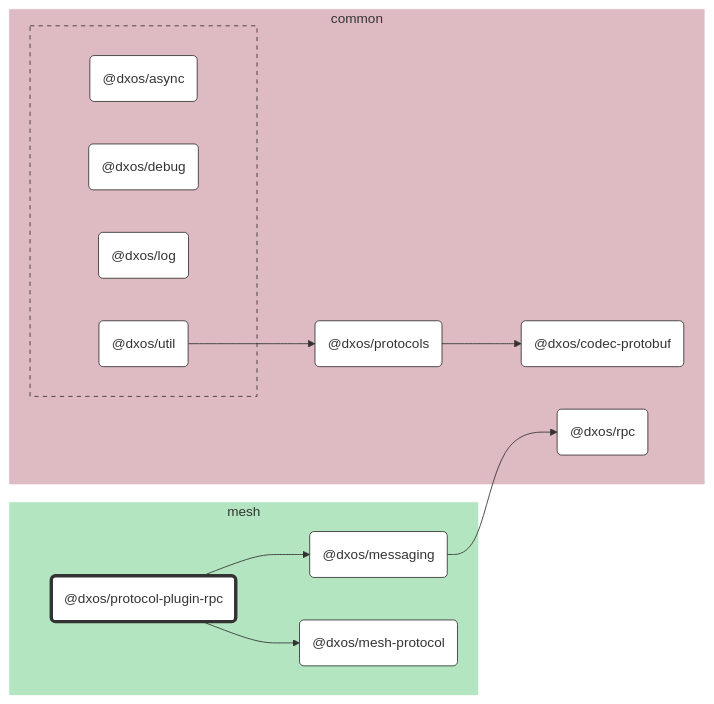
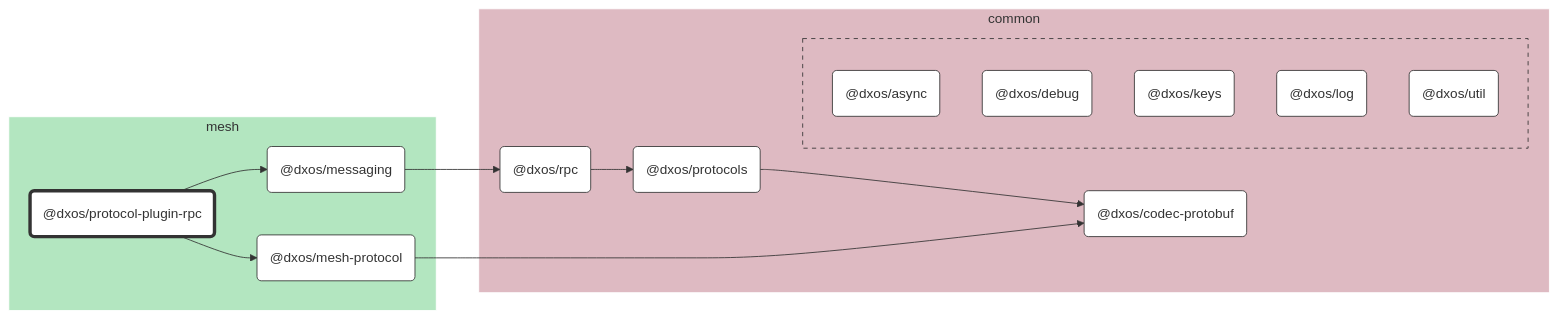
One commit to dxos/dxos changed the diagram in packages/mesh/protocol-plugin-rpc/docs/README.md. Above: the diagram before and after it, drawn with Mermaid. The commit also changed other lines of this file and 52 other files, not shown here.

````diff
--- a/packages/mesh/protocol-plugin-rpc/docs/README.md
+++ b/packages/mesh/protocol-plugin-rpc/docs/README.md
@@ -7,51 +7,54 @@
 ```mermaid
 %%{ init: {'flowchart':{'curve':'basis'}} }%%
 
 flowchart LR
 
 %% Classes
 classDef def fill:#fff,stroke:#333,stroke-width:1px
 classDef root fill:#fff,stroke:#333,stroke-width:4px
 
 %% Nodes
 
 subgraph mesh [mesh]
   style mesh fill:#b3e6c0,stroke:#fff
   dxos/protocol-plugin-rpc("@dxos/protocol-plugin-rpc"):::root
   click dxos/protocol-plugin-rpc "dxos/dxos/tree/main/packages/mesh/protocol-plugin-rpc/docs"
   dxos/messaging("@dxos/messaging"):::def
   click dxos/messaging "dxos/dxos/tree/main/packages/mesh/messaging/docs"
   dxos/mesh-protocol("@dxos/mesh-protocol"):::def
   click dxos/mesh-protocol "dxos/dxos/tree/main/packages/mesh/mesh-protocol/docs"
 end
 
 subgraph common [common]
   style common fill:#debac2,stroke:#fff
   dxos/codec-protobuf("@dxos/codec-protobuf"):::def
   click dxos/codec-protobuf "dxos/dxos/tree/main/packages/common/codec-protobuf/docs"
   dxos/protocols("@dxos/protocols"):::def
   click dxos/protocols "dxos/dxos/tree/main/packages/common/protocols/docs"
   dxos/rpc("@dxos/rpc"):::def
   click dxos/rpc "dxos/dxos/tree/main/packages/common/rpc/docs"
 
   subgraph common-excluded [ ]
     style common-excluded fill:#debac2,stroke:#333,stroke-dasharray:5 5
     dxos/async("@dxos/async"):::def
     click dxos/async "dxos/dxos/tree/main/packages/common/async/docs"
     dxos/debug("@dxos/debug"):::def
     click dxos/debug "dxos/dxos/tree/main/packages/common/debug/docs"
+    dxos/keys("@dxos/keys"):::def
+    click dxos/keys "dxos/dxos/tree/main/packages/common/keys/docs"
     dxos/log("@dxos/log"):::def
     click dxos/log "dxos/dxos/tree/main/packages/common/log/docs"
     dxos/util("@dxos/util"):::def
     click dxos/util "dxos/dxos/tree/main/packages/common/util/docs"
   end
 end
 
 %% Links
 linkStyle default stroke:#333,stroke-width:1px
 dxos/protocol-plugin-rpc --> dxos/messaging
 dxos/protocols --> dxos/codec-protobuf
 dxos/messaging --> dxos/rpc
-dxos/util --> dxos/protocols
+dxos/rpc --> dxos/protocols
 dxos/protocol-plugin-rpc --> dxos/mesh-protocol
+dxos/mesh-protocol --> dxos/codec-protobuf
 ```
````
